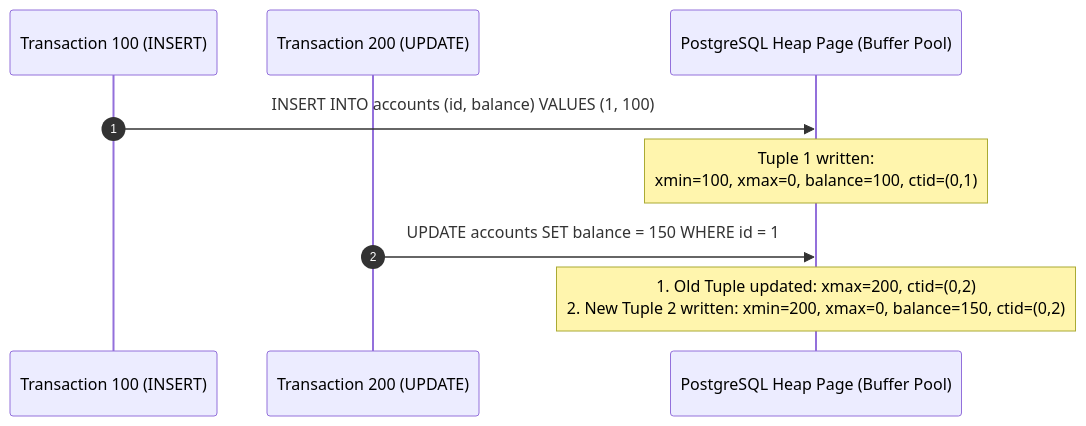
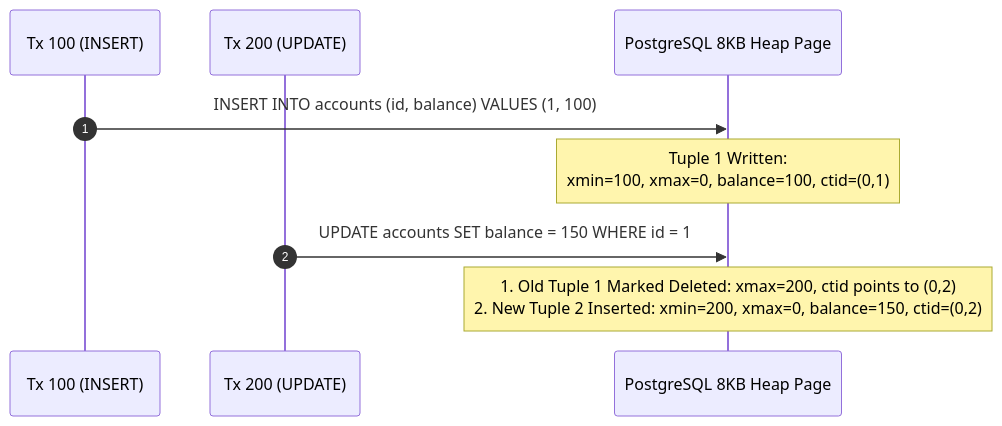
Before and after one commit to weaponxwolf/backend-engineering-mastry: the fourth of 6 diagrams in docs/database/locking-isolation.mdx, drawn with Mermaid. The commit also changed other lines of this file and 14 other files, not shown here.

Commit message:
docs: refactor and expand JPA and Hibernate architecture guide with physical memory and performance insights

````diff
--- a/docs/database/locking-isolation.mdx
+++ b/docs/database/locking-isolation.mdx
@@ -84,13 +159,13 @@
 ```mermaid
 sequenceDiagram
     autonumber
-    participant Tx100 as Transaction 100 (INSERT)
-    participant Tx200 as Transaction 200 (UPDATE)
-    participant Disk as PostgreSQL Heap Page (Buffer Pool)
+    participant Tx100 as Tx 100 (INSERT)
+    participant Tx200 as Tx 200 (UPDATE)
+    participant Disk as PostgreSQL 8KB Heap Page
 
     Tx100->>Disk: INSERT INTO accounts (id, balance) VALUES (1, 100)
-    Note over Disk: Tuple 1 written:<br/>xmin=100, xmax=0, balance=100, ctid=(0,1)
+    Note over Disk: Tuple 1 Written:<br/>xmin=100, xmax=0, balance=100, ctid=(0,1)
     
     Tx200->>Disk: UPDATE accounts SET balance = 150 WHERE id = 1
-    Note over Disk: 1. Old Tuple updated: xmax=200, ctid=(0,2)<br/>2. New Tuple 2 written: xmin=200, xmax=0, balance=150, ctid=(0,2)
+    Note over Disk: 1. Old Tuple 1 Marked Deleted: xmax=200, ctid points to (0,2)<br/>2. New Tuple 2 Inserted: xmin=200, xmax=0, balance=150, ctid=(0,2)
 ```
````
